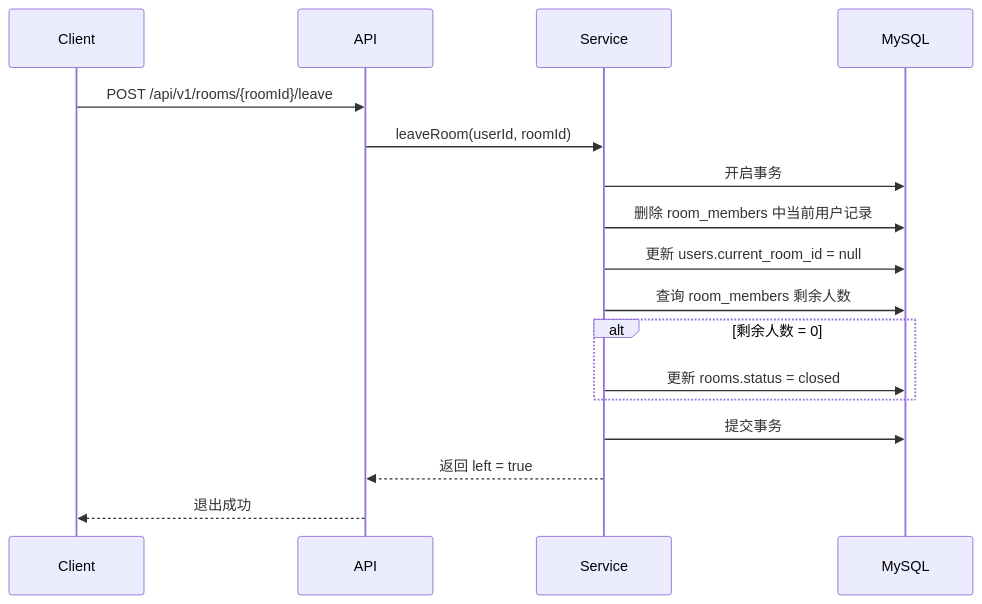
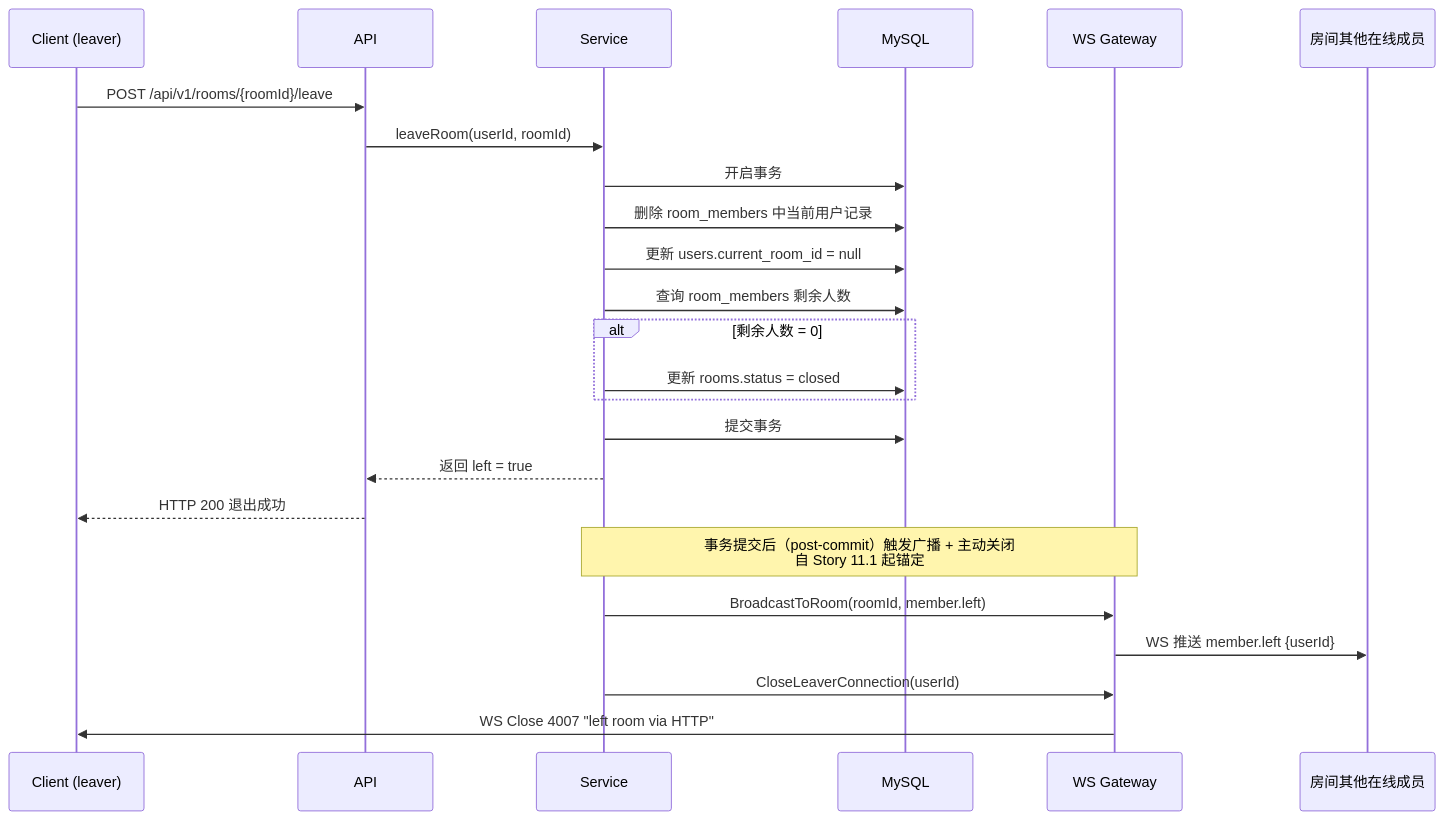
One commit to huing7373/catc changed the tenth of 12 diagrams in docs/宠物互动App_时序图与核心业务流程设计.md. Above: the diagram before and after it, drawn with Mermaid. The commit also changed other lines of this file and 3 other files, not shown here.

First line of the commit message:
fix(review): 11-1 r6 — snapshot 示例 currentState 与字段表对齐 + §11.2/§12.2 mermaid 补 broadcast/close 4007

````diff
--- a/docs/宠物互动App_时序图与核心业务流程设计.md
+++ b/docs/宠物互动App_时序图与核心业务流程设计.md
@@ -478,20 +483,27 @@
 ```mermaid
 sequenceDiagram
-    participant Client
+    participant Client as Client (leaver)
     participant API
     participant Service
     participant MySQL
+    participant WSGateway as WS Gateway
+    participant Others as 房间其他在线成员
 
     Client->>API: POST /api/v1/rooms/{roomId}/leave
     API->>Service: leaveRoom(userId, roomId)
     Service->>MySQL: 开启事务
     Service->>MySQL: 删除 room_members 中当前用户记录
     Service->>MySQL: 更新 users.current_room_id = null
     Service->>MySQL: 查询 room_members 剩余人数
     alt 剩余人数 = 0
         Service->>MySQL: 更新 rooms.status = closed
     end
     Service->>MySQL: 提交事务
     Service-->>API: 返回 left = true
-    API-->>Client: 退出成功
+    API-->>Client: HTTP 200 退出成功
+    Note over Service,WSGateway: 事务提交后（post-commit）触发广播 + 主动关闭<br/>自 Story 11.1 起锚定
+    Service->>WSGateway: BroadcastToRoom(roomId, member.left)
+    WSGateway->>Others: WS 推送 member.left {userId}
+    Service->>WSGateway: CloseLeaverConnection(userId)
+    WSGateway->>Client: WS Close 4007 "left room via HTTP"
 ```
````
